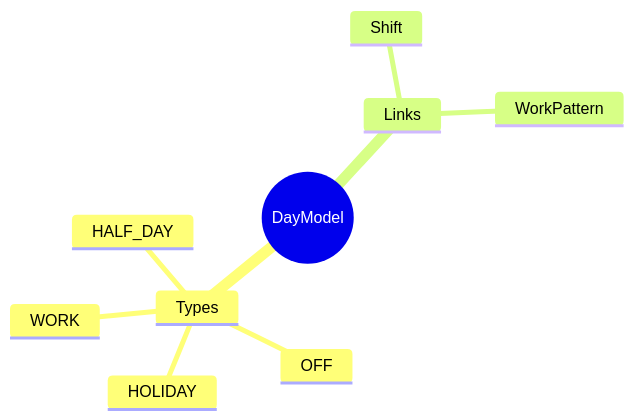
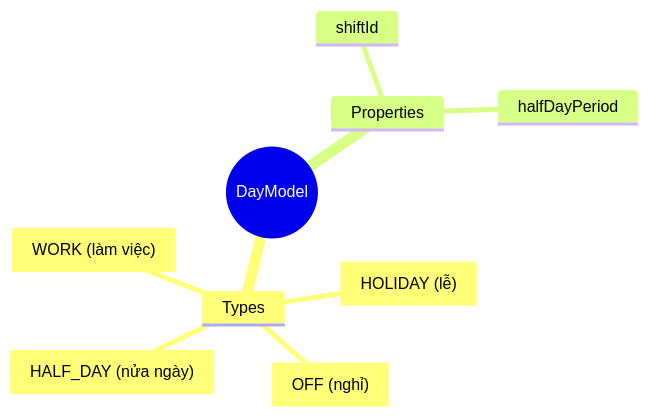
One commit to a4b-corporation/xTalent changed the first of 3 diagrams in docs/01-modules/TA/00-ontology/domain/time-modeling/day-model.onto.md. Above: the diagram before and after it, drawn with Mermaid. The commit also changed other lines of this file and 12 other files, not shown here.

````diff
--- a/docs/01-modules/TA/00-ontology/domain/time-modeling/day-model.onto.md
+++ b/docs/01-modules/TA/00-ontology/domain/time-modeling/day-model.onto.md
@@ -117,12 +123,12 @@
 ```mermaid
 mindmap
   root((DayModel))
     Types
-      WORK
-      OFF
-      HOLIDAY
-      HALF_DAY
-    Links
-      Shift
-      WorkPattern
+      WORK["WORK (làm việc)"]
+      OFF["OFF (nghỉ)"]
+      HOLIDAY["HOLIDAY (lễ)"]
+      HALF_DAY["HALF_DAY (nửa ngày)"]
+    Properties
+      shiftId
+      halfDayPeriod
 ```
````
